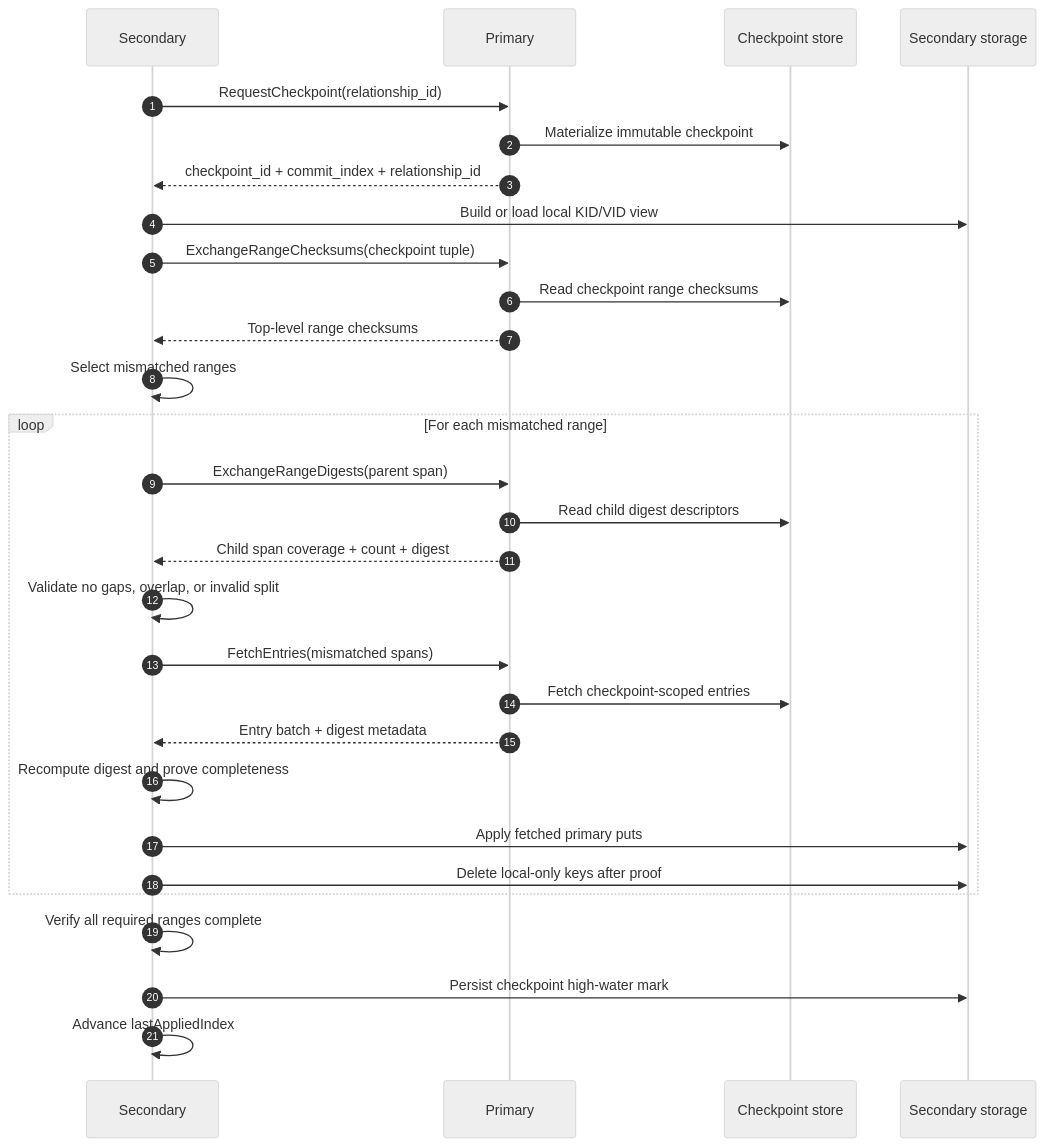
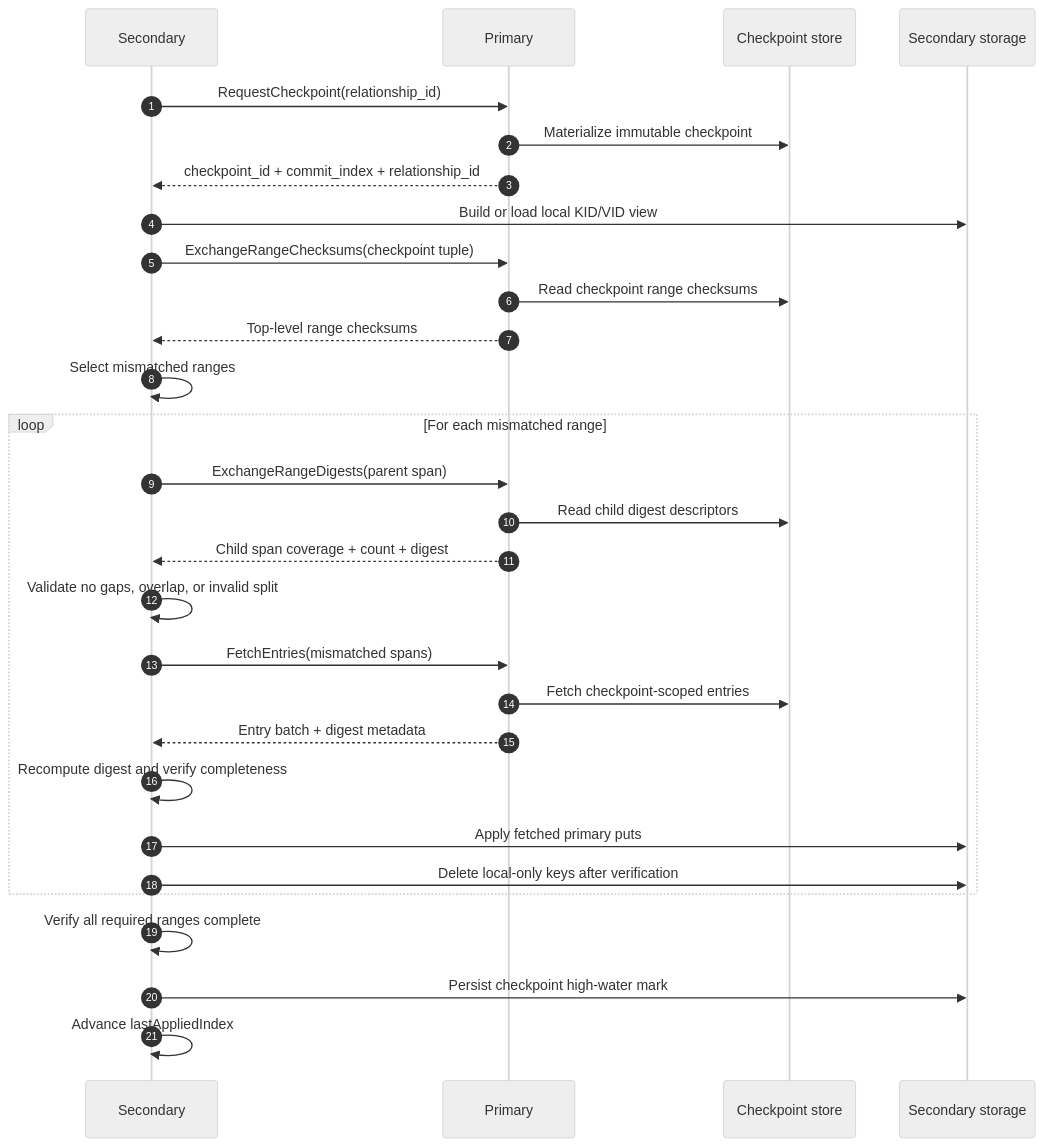
One commit to adfinis/openbao changed the fourth of 5 diagrams in DR_PROTOCOL_DESIGN.md. Above: the diagram before and after it, drawn with Mermaid (neutral theme). The commit also changed other lines of this file and 8 other files, not shown here.

````diff
--- a/DR_PROTOCOL_DESIGN.md
+++ b/DR_PROTOCOL_DESIGN.md
@@ -219,36 +276,36 @@
 ```mermaid
 sequenceDiagram
     autonumber
     participant S as Secondary
     participant P as Primary
     participant CS as Checkpoint store
     participant LS as Secondary storage
 
     S->>P: RequestCheckpoint(relationship_id)
     P->>CS: Materialize immutable checkpoint
     P-->>S: checkpoint_id + commit_index + relationship_id
 
     S->>LS: Build or load local KID/VID view
     S->>P: ExchangeRangeChecksums(checkpoint tuple)
     P->>CS: Read checkpoint range checksums
     P-->>S: Top-level range checksums
 
     S->>S: Select mismatched ranges
 
     loop For each mismatched range
         S->>P: ExchangeRangeDigests(parent span)
         P->>CS: Read child digest descriptors
         P-->>S: Child span coverage + count + digest
         S->>S: Validate no gaps, overlap, or invalid split
         S->>P: FetchEntries(mismatched spans)
         P->>CS: Fetch checkpoint-scoped entries
         P-->>S: Entry batch + digest metadata
-        S->>S: Recompute digest and prove completeness
+        S->>S: Recompute digest and verify completeness
         S->>LS: Apply fetched primary puts
-        S->>LS: Delete local-only keys after proof
+        S->>LS: Delete local-only keys after verification
     end
 
     S->>S: Verify all required ranges complete
     S->>LS: Persist checkpoint high-water mark
     S->>S: Advance lastAppliedIndex
 ```
````
